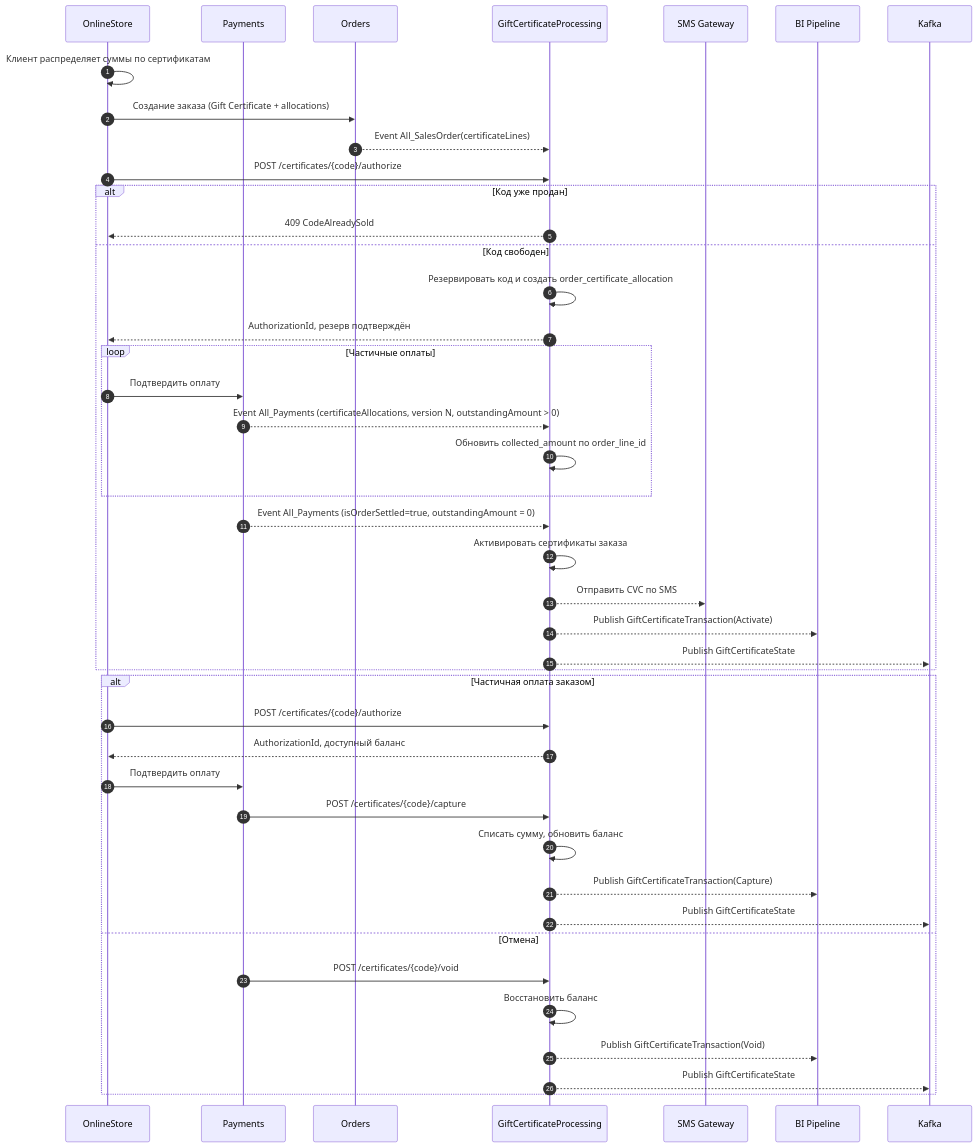
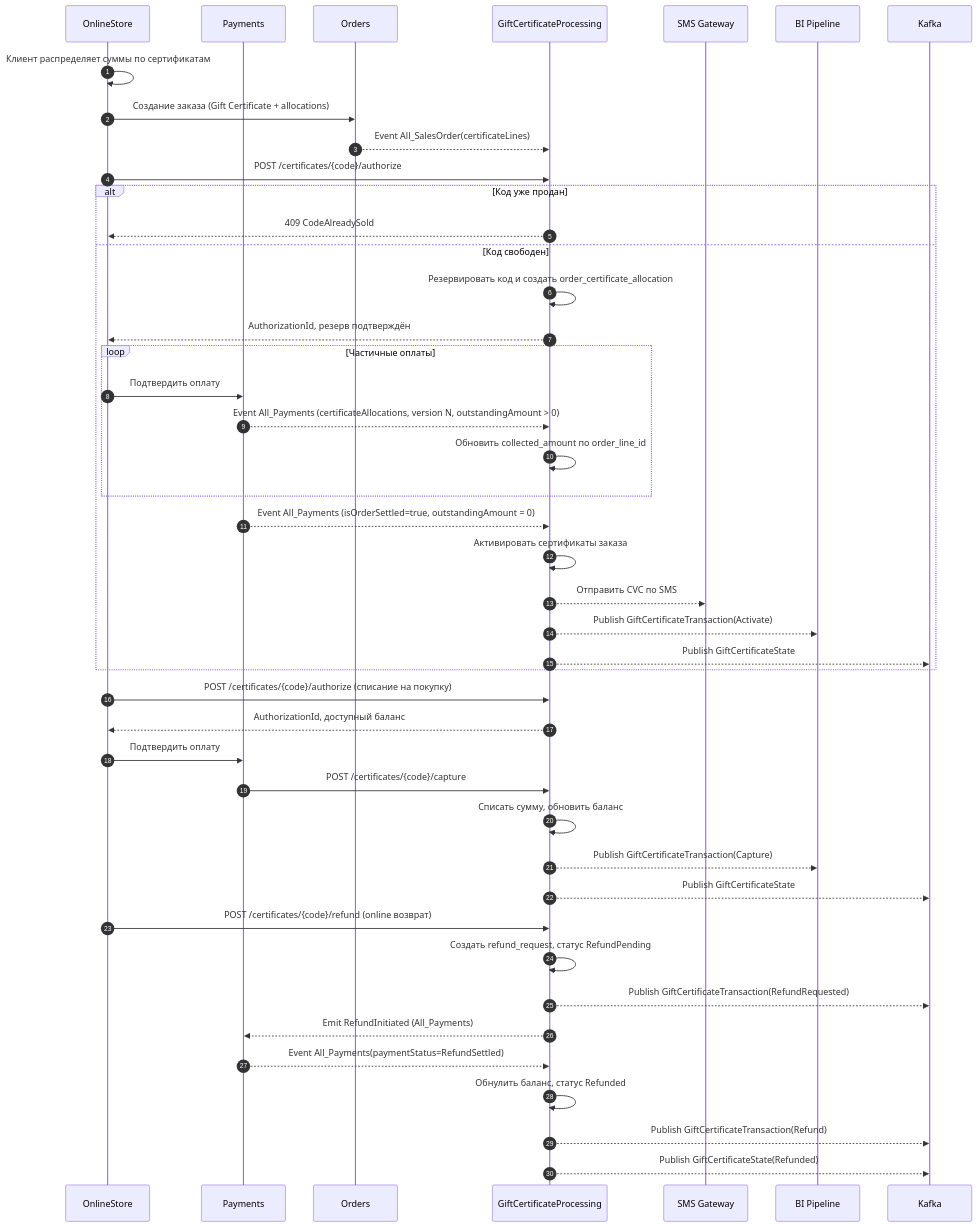
Before and after one commit to dobryakov/gift-certs-example2: the diagram in specs/sequences.mmd, drawn with Mermaid. The commit also changed 15 other files, not shown here.

```diff
--- a/specs/sequences.mmd
+++ b/specs/sequences.mmd
@@ -1,44 +1,46 @@
 sequenceDiagram
   autonumber
   participant OS as OnlineStore
   participant PAY as Payments
   participant ORD as Orders
   participant GC as GiftCertificateProcessing
   participant SMS as SMS Gateway
   participant BI as BI Pipeline
 
   OS->>OS: Клиент распределяет суммы по сертификатам
   OS->>ORD: Создание заказа (Gift Certificate + allocations)
   ORD-->>GC: Event All_SalesOrder(certificateLines)
   OS->>GC: POST /certificates/{code}/authorize
   alt Код уже продан
     GC-->>OS: 409 CodeAlreadySold
   else Код свободен
     GC->>GC: Резервировать код и создать order_certificate_allocation
     GC-->>OS: AuthorizationId, резерв подтверждён
     loop Частичные оплаты
       OS->>PAY: Подтвердить оплату
       PAY-->>GC: Event All_Payments (certificateAllocations, version N, outstandingAmount > 0)
       GC->>GC: Обновить collected_amount по order_line_id
     end
     PAY-->>GC: Event All_Payments (isOrderSettled=true, outstandingAmount = 0)
     GC->>GC: Активировать сертификаты заказа
     GC-->>SMS: Отправить CVC по SMS
     GC-->>BI: Publish GiftCertificateTransaction(Activate)
     GC-->>Kafka: Publish GiftCertificateState
   end
 
-  alt Частичная оплата заказом
-    OS->>GC: POST /certificates/{code}/authorize
-    GC-->>OS: AuthorizationId, доступный баланс
-    OS->>PAY: Подтвердить оплату
-    PAY->>GC: POST /certificates/{code}/capture
-    GC->>GC: Списать сумму, обновить баланс
-    GC-->>BI: Publish GiftCertificateTransaction(Capture)
-    GC-->>Kafka: Publish GiftCertificateState
-  else Отмена
-    PAY->>GC: POST /certificates/{code}/void
-    GC->>GC: Восстановить баланс
-    GC-->>BI: Publish GiftCertificateTransaction(Void)
-    GC-->>Kafka: Publish GiftCertificateState
-  end
+  OS->>GC: POST /certificates/{code}/authorize (списание на покупку)
+  GC-->>OS: AuthorizationId, доступный баланс
+  OS->>PAY: Подтвердить оплату
+  PAY->>GC: POST /certificates/{code}/capture
+  GC->>GC: Списать сумму, обновить баланс
+  GC-->>BI: Publish GiftCertificateTransaction(Capture)
+  GC-->>Kafka: Publish GiftCertificateState
+
+  OS->>GC: POST /certificates/{code}/refund (online возврат)
+  GC->>GC: Создать refund_request, статус RefundPending
+  GC-->>Kafka: Publish GiftCertificateTransaction(RefundRequested)
+  GC-->>PAY: Emit RefundInitiated (All_Payments)
+  PAY-->>GC: Event All_Payments(paymentStatus=RefundSettled)
+  GC->>GC: Обнулить баланс, статус Refunded
+  GC-->>Kafka: Publish GiftCertificateTransaction(Refund)
+  GC-->>Kafka: Publish GiftCertificateState(Refunded)
```
